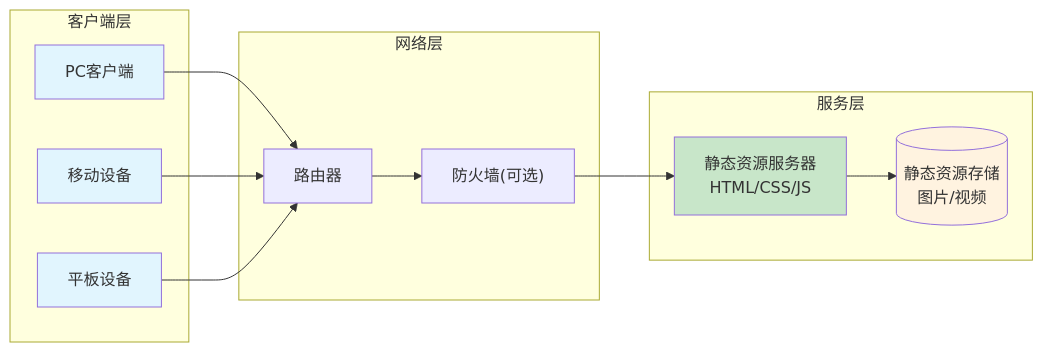
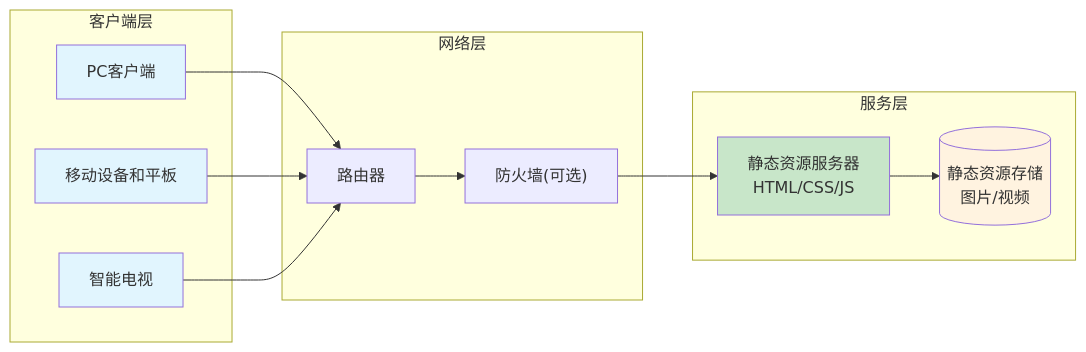
One commit to pattazl/LarkSignage changed the diagram in readme.md. Above: the diagram before and after it, drawn with Mermaid. The commit also changed other lines of this file and 10 other files, not shown here.

````diff
--- a/readme.md
+++ b/readme.md
@@ -22,31 +31,31 @@
 ```mermaid
 graph LR
     subgraph 客户端层
         A[PC客户端]
-        B[移动设备]
-        C[平板设备]
+        B[移动设备和平板]
+        C[智能电视]
     end
     
     subgraph 网络层
         D[路由器]
         E["防火墙(可选)"]
     end
     
     subgraph 服务层
         F[静态资源服务器<br/>HTML/CSS/JS]
         G[(静态资源存储<br/>图片/视频)]
     end
     
     A --> D
     B --> D
     C --> D
     D --> E
     E --> F
     F --> G
     
     style A fill:#e1f5fe
     style B fill:#e1f5fe
     style C fill:#e1f5fe
     style F fill:#c8e6c9
     style G fill:#fff3e0
 ```
````
